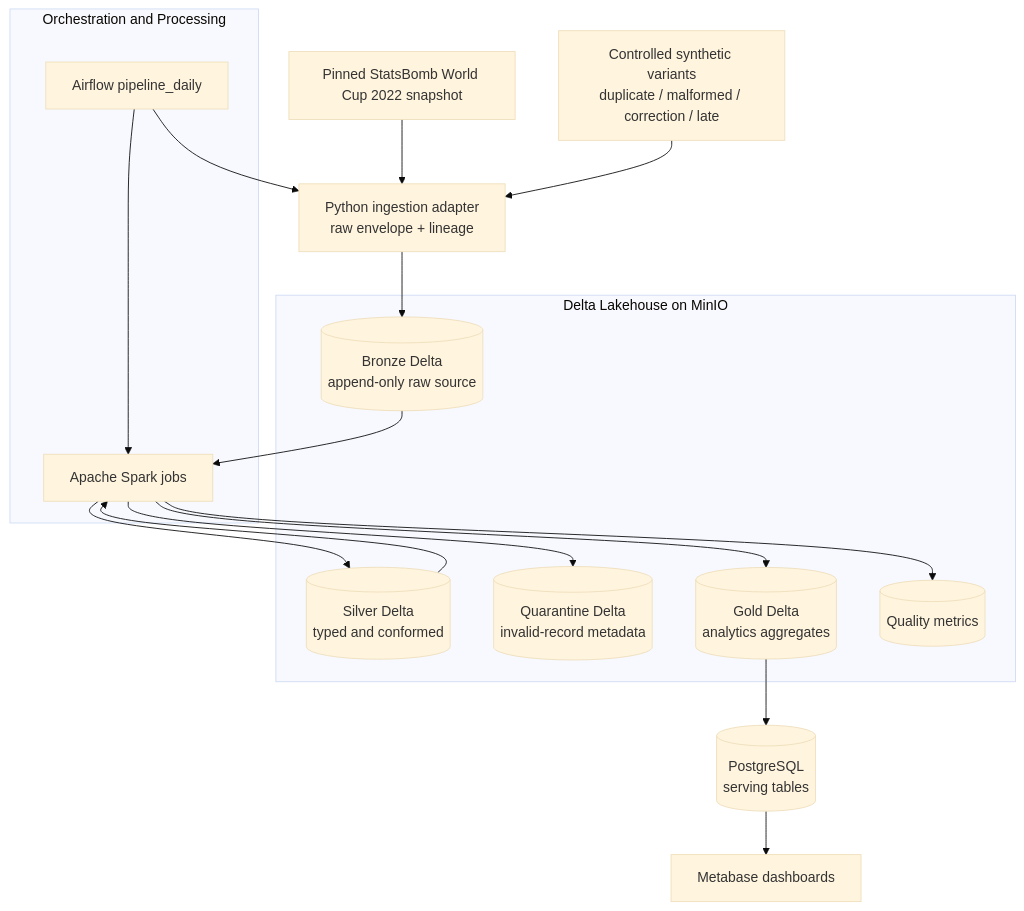
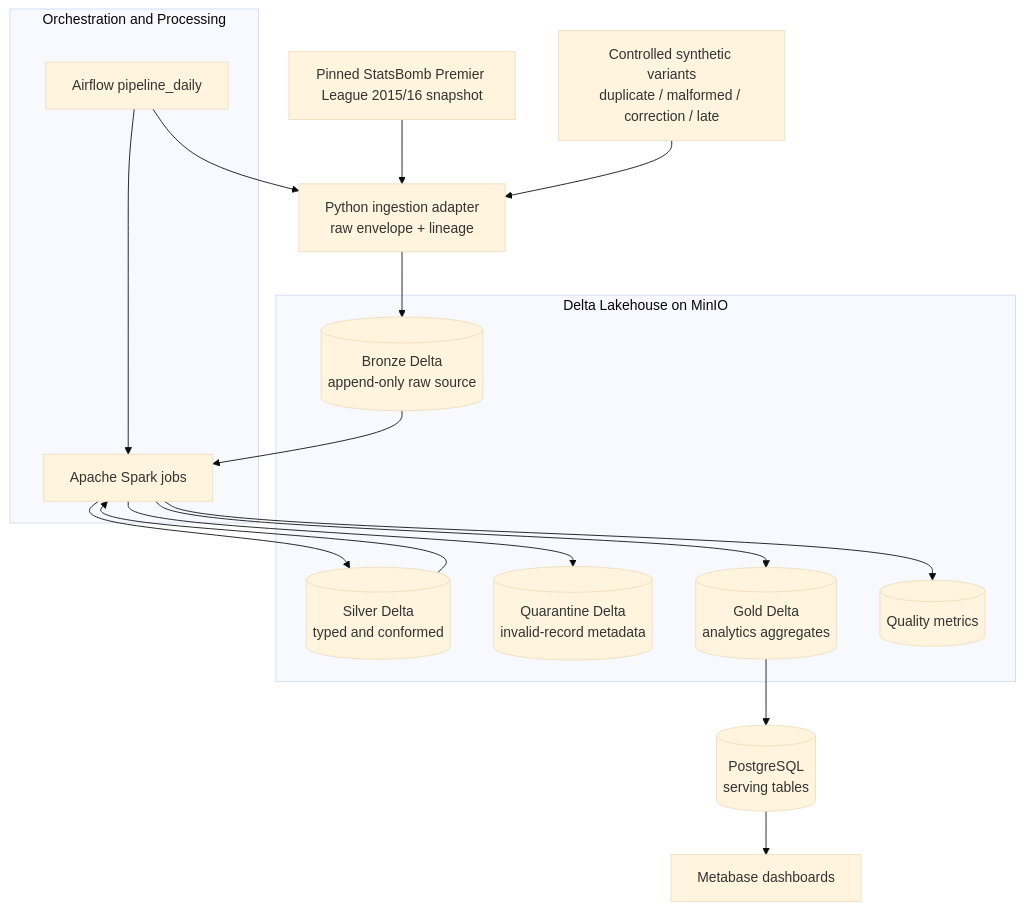
The diagram in README.md (phatle224/pitchflow-reliable-football-data-lakehouse), drawn with Mermaid (base theme) before and after one commit. The commit also changed other lines of this file and 14 other files, not shown here.

````diff
--- a/README.md
+++ b/README.md
@@ -51,36 +51,36 @@
 ```mermaid
 flowchart TB
-    SOURCE["Pinned StatsBomb World Cup 2022 snapshot"]
+    SOURCE["Pinned StatsBomb Premier League 2015/16 snapshot"]
     CHAOS["Controlled synthetic variants<br/>duplicate / malformed / correction / late"]
     INGEST["Python ingestion adapter<br/>raw envelope + lineage"]
 
     subgraph LAKE["Delta Lakehouse on MinIO"]
         BRONZE[("Bronze Delta<br/>append-only raw source")]
         SILVER[("Silver Delta<br/>typed and conformed")]
         QUAR[("Quarantine Delta<br/>invalid-record metadata")]
         GOLD[("Gold Delta<br/>analytics aggregates")]
         OPS[("Quality metrics")]
     end
 
     subgraph ORCH["Orchestration and Processing"]
         AIRFLOW["Airflow pipeline_daily"]
         SPARK["Apache Spark jobs"]
     end
 
     PG[("PostgreSQL<br/>serving tables")]
     META["Metabase dashboards"]
 
     SOURCE --> INGEST
     CHAOS --> INGEST
     INGEST --> BRONZE
     AIRFLOW --> INGEST
     AIRFLOW --> SPARK
     BRONZE --> SPARK
     SPARK --> SILVER
     SPARK --> QUAR
     SPARK --> OPS
     SILVER --> SPARK
     SPARK --> GOLD
     GOLD --> PG
     PG --> META
 ```
````
